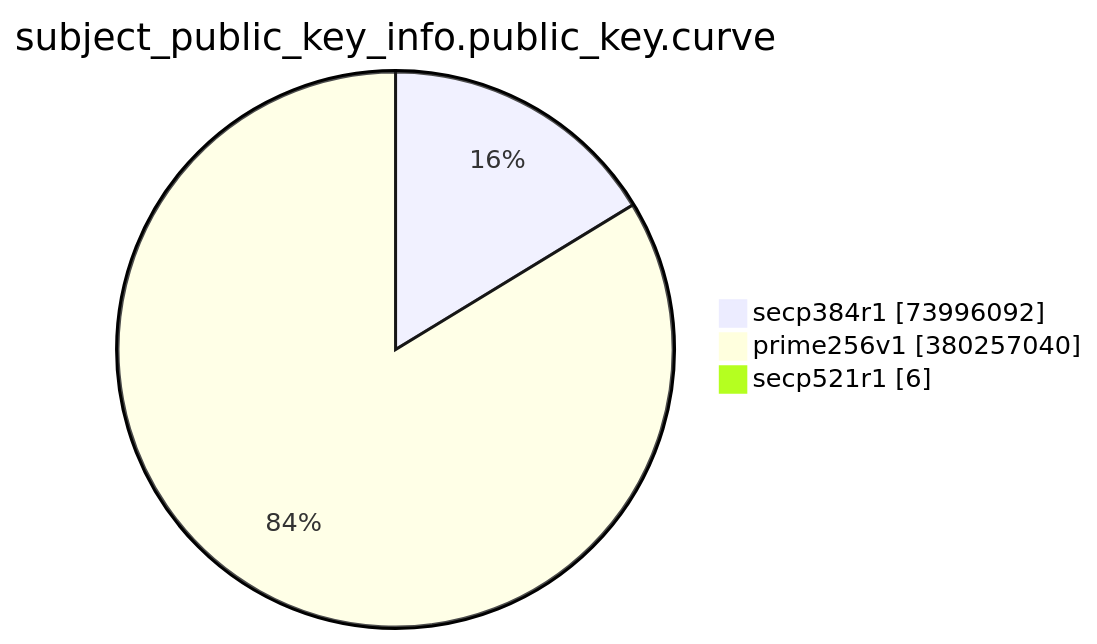
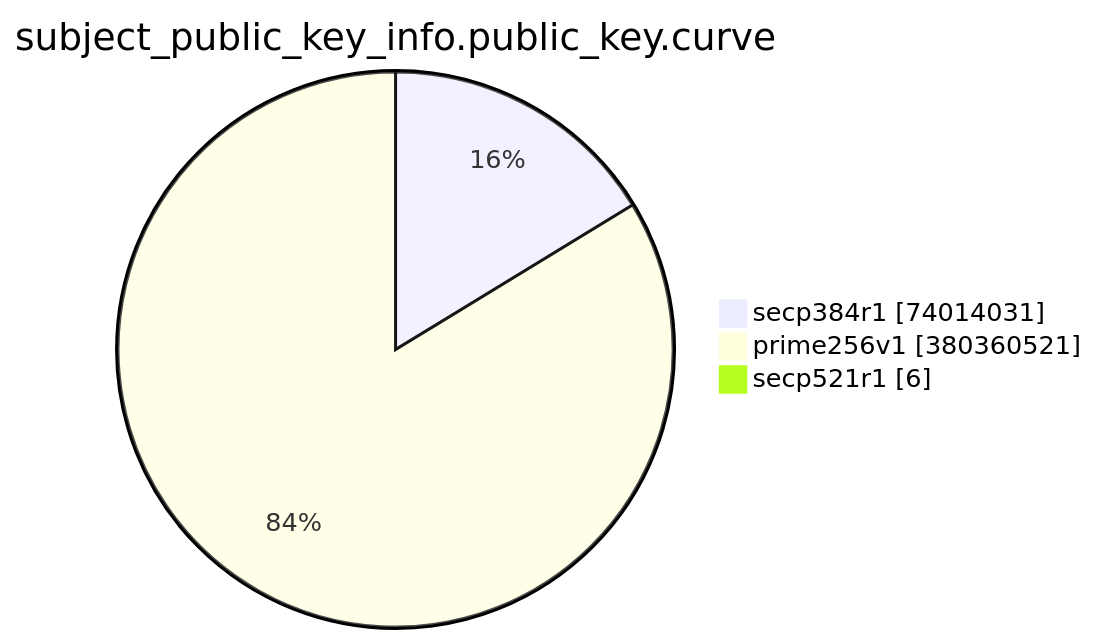
The eighth of 15 diagrams in TOTAL/README.md (christiankrug/ctmonitor_visualization), drawn with Mermaid before and after one commit. The commit also changed other lines of this file, not shown here.

````diff
--- a/TOTAL/README.md
+++ b/TOTAL/README.md
@@ -3094,7 +3094,7 @@
 ```mermaid
 pie showData
 title subject_public_key_info.public_key.curve
-"secp384r1" :73996092
-"prime256v1" :380257040
+"secp384r1" :74014031
+"prime256v1" :380360521
 "secp521r1" :6
 ```
````
